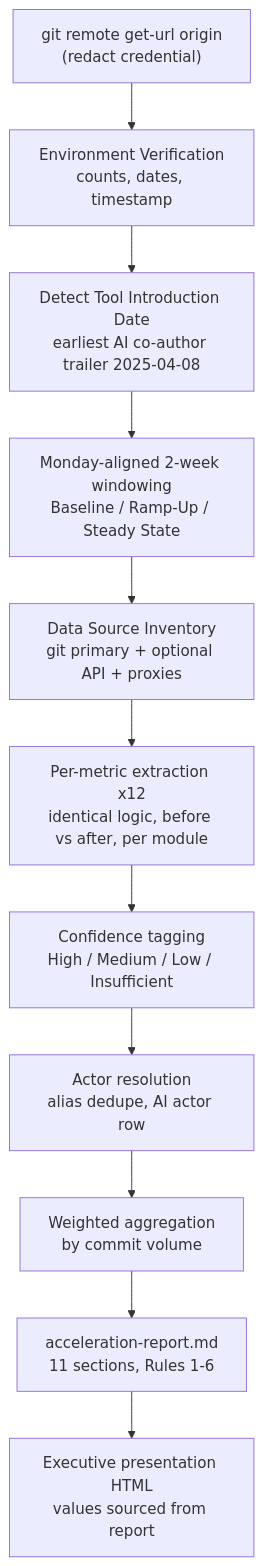
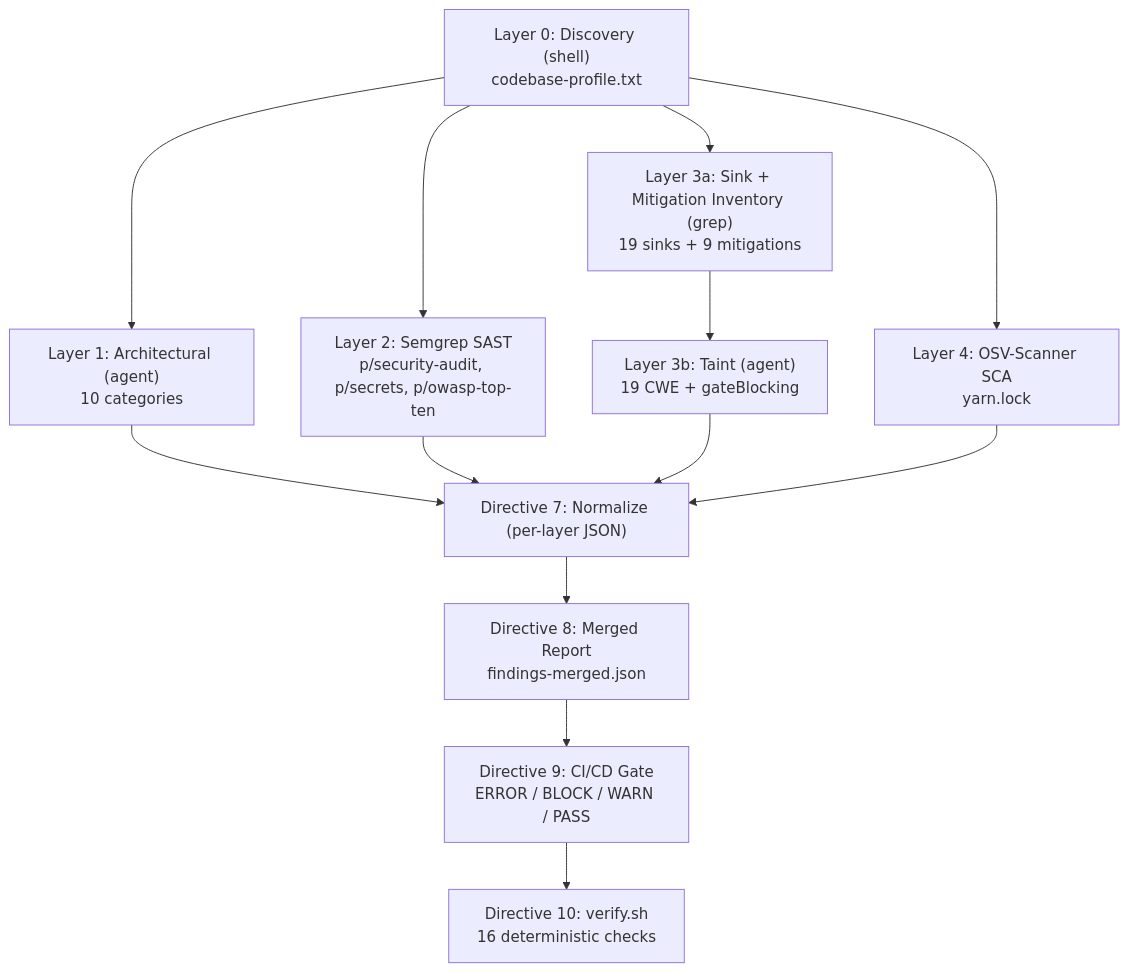
The diagram in blitzy/documentation/Agent Action Plan.md (Blitzy-Sandbox/blitzy-cal), drawn with Mermaid before and after one commit. The commit also changed other lines of this file, not shown here.

Commit message:
Adding Blitzy Agent Action Plan

````diff
--- a/blitzy/documentation/Agent Action Plan.md
+++ b/blitzy/documentation/Agent Action Plan.md
@@ -274,14 +43,15 @@
 ```mermaid
-flowchart TB
-    A["git remote get-url origin<br/>(redact credential)"] --> B["Environment Verification<br/>counts, dates, timestamp"]
-    B --> C["Detect Tool Introduction Date<br/>earliest AI co-author trailer 2025-04-08"]
-    C --> D["Monday-aligned 2-week windowing<br/>Baseline / Ramp-Up / Steady State"]
-    D --> E["Data Source Inventory<br/>git primary + optional API + proxies"]
-    E --> F["Per-metric extraction x12<br/>identical logic, before vs after, per module"]
-    F --> G["Confidence tagging<br/>High / Medium / Low / Insufficient"]
-    G --> H["Actor resolution<br/>alias dedupe, AI actor row"]
-    H --> I["Weighted aggregation<br/>by commit volume"]
-    I --> J["acceleration-report.md<br/>11 sections, Rules 1-6"]
-    J --> K["Executive presentation HTML<br/>values sourced from report"]
-%% Read-only on the analyzed codebase; only J and K are written
+flowchart TD
+    L0["Layer 0: Discovery (shell)<br/>codebase-profile.txt"] --> L1["Layer 1: Architectural (agent)<br/>10 categories"]
+    L0 --> L2["Layer 2: Semgrep SAST<br/>p/security-audit, p/secrets, p/owasp-top-ten"]
+    L0 --> L3a["Layer 3a: Sink + Mitigation Inventory (grep)<br/>19 sinks + 9 mitigations"]
+    L3a --> L3b["Layer 3b: Taint (agent)<br/>19 CWE + gateBlocking"]
+    L0 --> L4["Layer 4: OSV-Scanner SCA<br/>yarn.lock"]
+    L1 --> N["Directive 7: Normalize (per-layer JSON)"]
+    L2 --> N
+    L3b --> N
+    L4 --> N
+    N --> M["Directive 8: Merged Report<br/>findings-merged.json"]
+    M --> G["Directive 9: CI/CD Gate<br/>ERROR / BLOCK / WARN / PASS"]
+    G --> V["Directive 10: verify.sh<br/>16 deterministic checks"]
 ```
````
